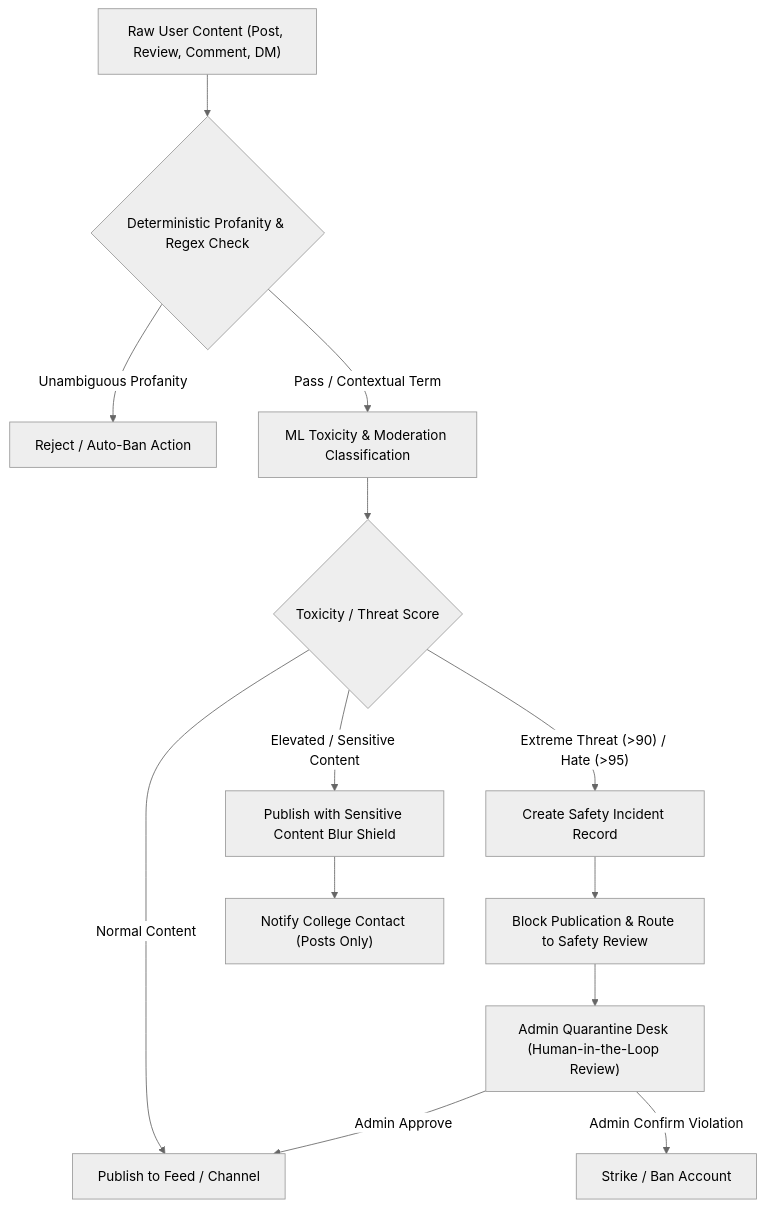
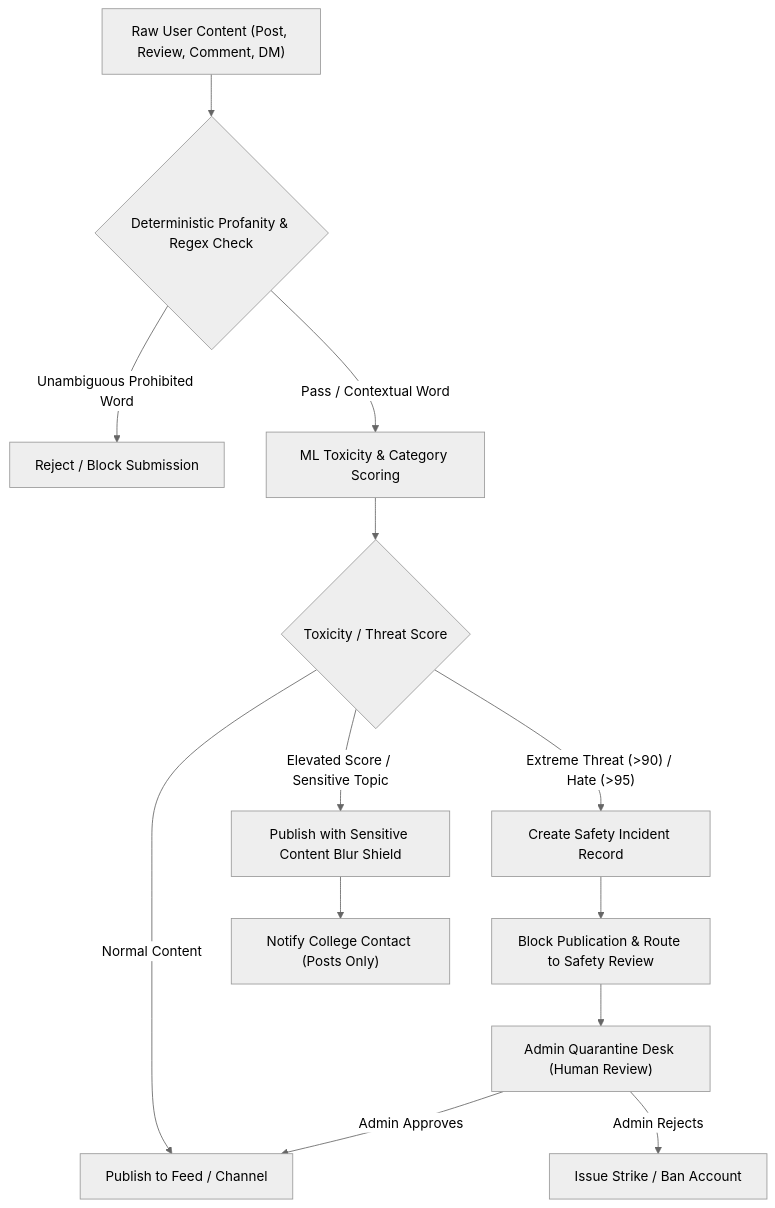
One commit to Pradeensk1/campuslenzapp changed the third of 4 diagrams in README.md. Above: the diagram before and after it, drawn with Mermaid (neutral theme). The commit also changed other lines of this file, not shown here.

````diff
--- a/README.md
+++ b/README.md
@@ -311,20 +408,20 @@
 ```mermaid
 flowchart TD
     RawContent["Raw User Content (Post, Review, Comment, DM)"] --> StrictCheck{"Deterministic Profanity & Regex Check"}
     
-    StrictCheck -->|"Unambiguous Profanity"| RejectPost["Reject / Auto-Ban Action"]
-    StrictCheck -->|"Pass / Contextual Term"| MLCheck["ML Toxicity & Moderation Classification"]
+    StrictCheck -->|"Unambiguous Prohibited Word"| RejectAction["Reject / Block Submission"]
+    StrictCheck -->|"Pass / Contextual Word"| MLCheck["ML Toxicity & Category Scoring"]
     
-    MLCheck --> ToxScore{"Toxicity / Threat Score"}
-    ToxScore -->|"Extreme Threat (>90) / Hate (>95)"| SafetyIncident["Create Safety Incident Record"]
+    MLCheck --> ScoreCheck{"Toxicity / Threat Score"}
+    ScoreCheck -->|"Extreme Threat (>90) / Hate (>95)"| SafetyIncident["Create Safety Incident Record"]
     SafetyIncident --> BlockPublish["Block Publication & Route to Safety Review"]
     
-    ToxScore -->|"Elevated / Sensitive Content"| BlurShield["Publish with Sensitive Content Blur Shield"]
+    ScoreCheck -->|"Elevated Score / Sensitive Topic"| BlurShield["Publish with Sensitive Content Blur Shield"]
     BlurShield --> CollegeAlert["Notify College Contact (Posts Only)"]
     
-    ToxScore -->|"Normal Content"| Publish["Publish to Feed / Channel"]
+    ScoreCheck -->|"Normal Content"| Publish["Publish to Feed / Channel"]
     
-    BlockPublish --> AdminConsole["Admin Quarantine Desk (Human-in-the-Loop Review)"]
-    AdminConsole -->|"Admin Approve"| Publish
-    AdminConsole -->|"Admin Confirm Violation"| BanUser["Strike / Ban Account"]
+    BlockPublish --> AdminConsole["Admin Quarantine Desk (Human Review)"]
+    AdminConsole -->|"Admin Approves"| Publish
+    AdminConsole -->|"Admin Rejects"| AccountStrike["Issue Strike / Ban Account"]
 ```
````
